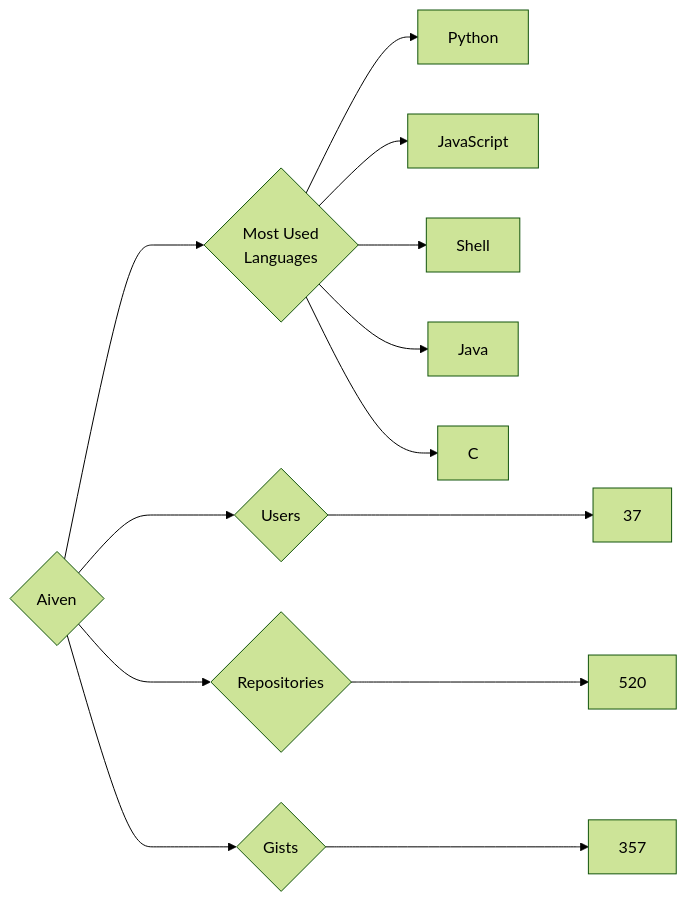
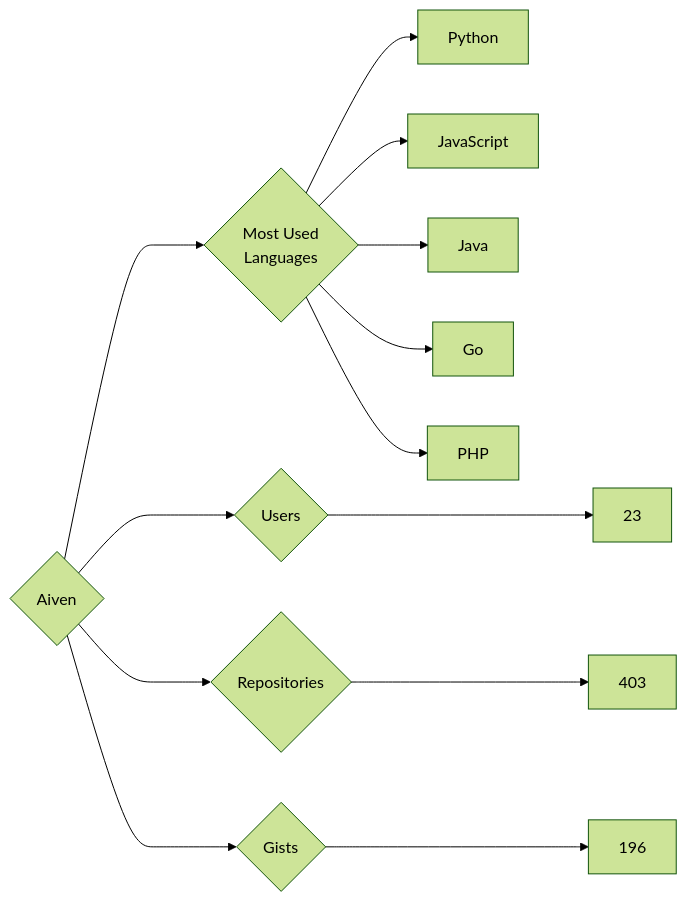
The diagram in targets/Aiven/README.md (trickest/insiders), drawn with Mermaid (forest theme) before and after one commit. The commit also changed 912 other files, not shown here.

````diff
--- a/targets/Aiven/README.md
+++ b/targets/Aiven/README.md
@@ -3,13 +3,13 @@
 ```mermaid
 graph LR
 COMPANY_NAME{Aiven}
-COMPANY_NAME ---> U{Users} ---> UN[37]
-COMPANY_NAME ---> R{Repositories} ---> RN[520]
-COMPANY_NAME ---> G{Gists} ---> GN[357]
+COMPANY_NAME ---> U{Users} ---> UN[23]
+COMPANY_NAME ---> R{Repositories} ---> RN[403]
+COMPANY_NAME ---> G{Gists} ---> GN[196]
 COMPANY_NAME ---> ML{Most Used<br>Languages}
 ML --> Python[Python]
 ML --> JavaScript[JavaScript]
-ML --> Shell[Shell]
 ML --> Java[Java]
-ML --> C[C]
+ML --> Go[Go]
+ML --> PHP[PHP]
 ```
````
